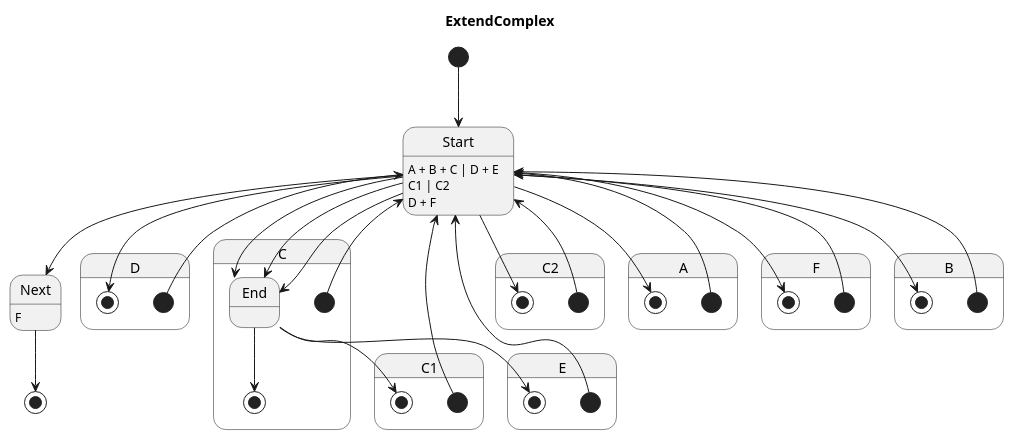
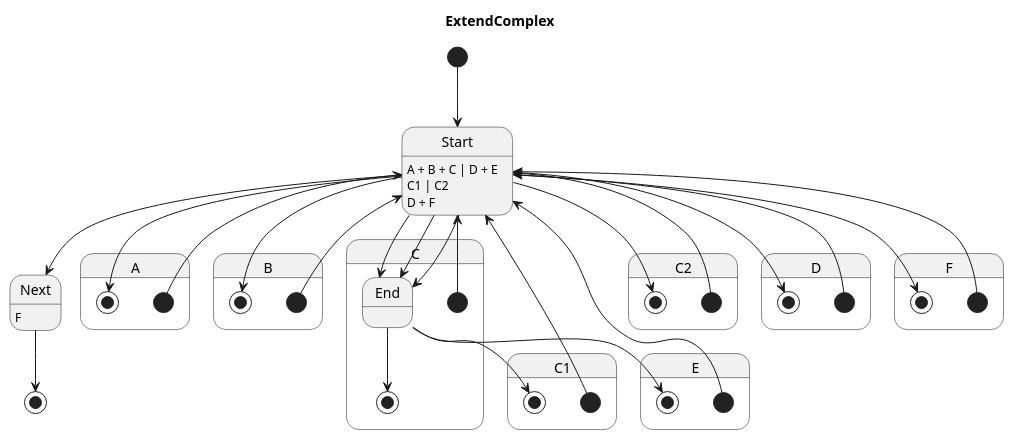
The diagram in examples/generated/plantuml/extend_complex.puml (Pastor/Takt), drawn with PlantUML before and after one commit. The commit also changed other lines of this file and 9 other files, not shown here.

```diff
--- a/examples/generated/plantuml/extend_complex.puml
+++ b/examples/generated/plantuml/extend_complex.puml
@@ -1,55 +1,55 @@
 @startuml
 title ExtendComplex
 
 [*] --> Start
 Next : F
 Next --> [*]
 Start : A + B + C | D + E
 Start --> Next
 
-state D {
+state A {
+    [*] --> Start
+    Start --> [*]
+}
+
+state B {
     [*] --> Start
     Start --> [*]
 }
 
 state C {
     [*] --> Start
     End --> [*]
     Start : C1 | C2
     Start --> End
 }
 
+state C1 {
+    [*] --> Start
+    End --> [*]
+    Start --> End
+}
+
 state C2 {
     [*] --> Start
     Start --> [*]
 }
 
-state A {
-    [*] --> Start
-    Start --> [*]
-}
-
-state F {
-    [*] --> Start
-    Start --> [*]
-}
-
-state C1 {
-    [*] --> Start
-    Start --> End
-    End --> [*]
-}
-
-state B {
+state D {
     [*] --> Start
     Start --> [*]
 }
 
 state E {
     [*] --> Start
     End --> [*]
     Start : D + F
     Start --> End
 }
 
+state F {
+    [*] --> Start
+    Start --> [*]
+}
+
 @enduml
```
